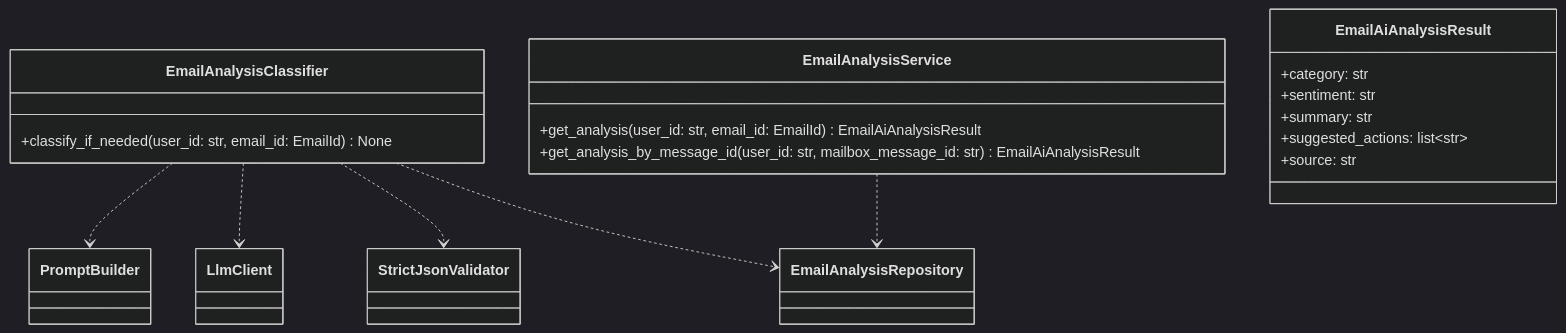
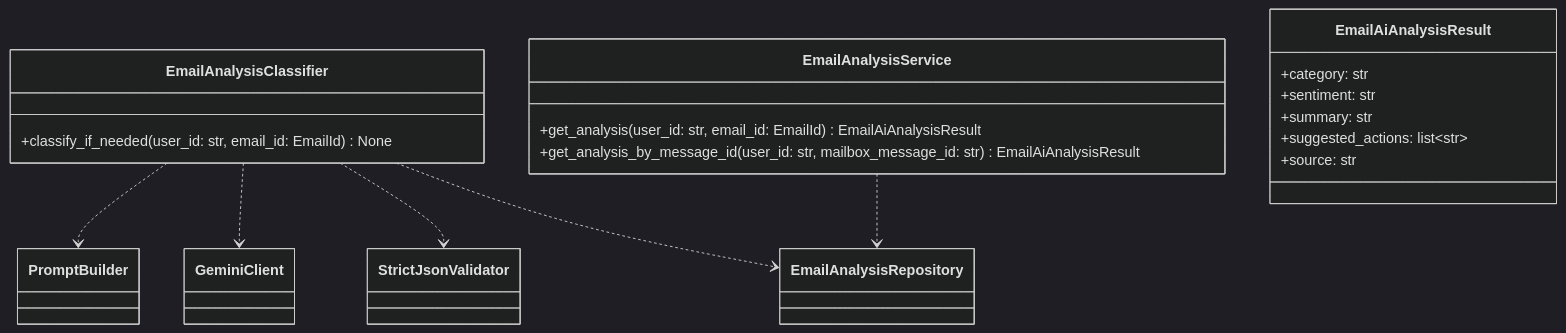
One commit to XunSong02/OutlookPlus changed diagram 14 of 20 in backend/backend_specification_Modules.md. Above: the diagram before and after it, drawn with Mermaid (dark theme). The commit also changed other lines of this file and 8 other files, not shown here.

````diff
--- a/backend/backend_specification_Modules.md
+++ b/backend/backend_specification_Modules.md
@@ -1053,22 +1192,22 @@
 ```mermaid
 classDiagram
 	class EmailAnalysisClassifier {
 		+classify_if_needed(user_id: str, email_id: EmailId) None
 	}
 	class EmailAnalysisService {
 		+get_analysis(user_id: str, email_id: EmailId) EmailAiAnalysisResult
 		+get_analysis_by_message_id(user_id: str, mailbox_message_id: str) EmailAiAnalysisResult
 	}
 	class EmailAiAnalysisResult {
 		+category: str
 		+sentiment: str
 		+summary: str
 		+suggested_actions: list~str~
 		+source: str
 	}
 	EmailAnalysisClassifier ..> PromptBuilder
-	EmailAnalysisClassifier ..> LlmClient
+	EmailAnalysisClassifier ..> GeminiClient
 	EmailAnalysisClassifier ..> StrictJsonValidator
 	EmailAnalysisClassifier ..> EmailAnalysisRepository
 	EmailAnalysisService ..> EmailAnalysisRepository
 ```
````
